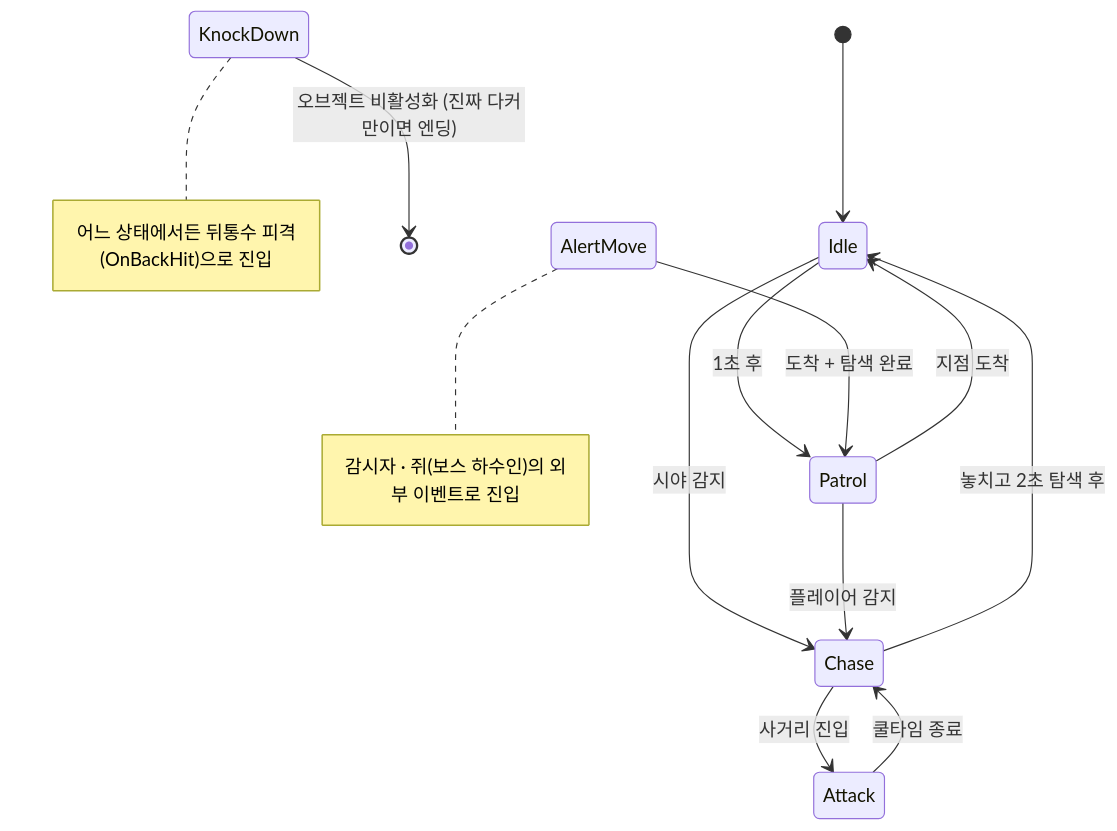
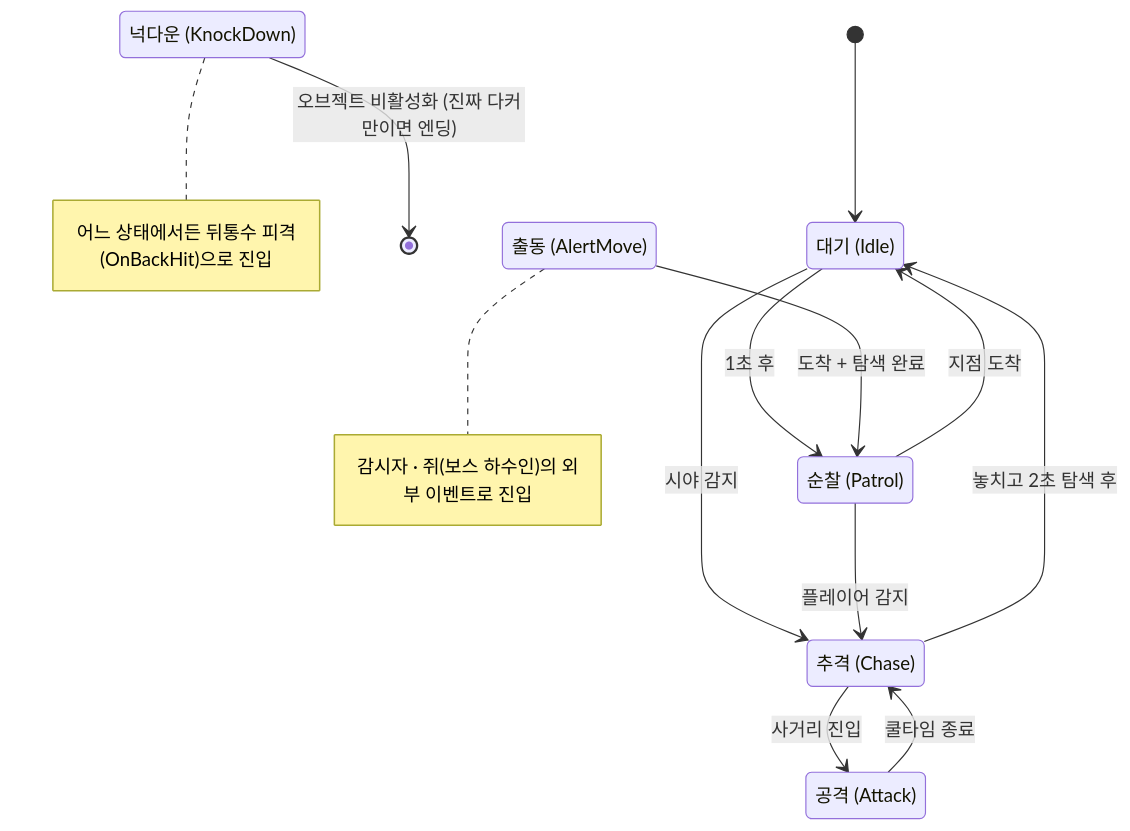
Before and after one commit to pinkshield/portfolio: the second of 3 diagrams in src/1-watch-your-back/기술문서.md, drawn with Mermaid. The commit also changed other lines of this file and 9 other files, not shown here.

````diff
--- a/src/1-watch-your-back/기술문서.md
+++ b/src/1-watch-your-back/기술문서.md
@@ -181,15 +189,21 @@
 ```mermaid
 stateDiagram-v2
+    state "대기 (Idle)" as Idle
+    state "순찰 (Patrol)" as Patrol
+    state "추격 (Chase)" as Chase
+    state "공격 (Attack)" as Attack
+    state "출동 (AlertMove)" as AlertMove
+    state "넉다운 (KnockDown)" as KnockDown
     [*] --> Idle
     Idle --> Patrol : 1초 후
     Idle --> Chase : 시야 감지
     Patrol --> Idle : 지점 도착
     Patrol --> Chase : 플레이어 감지
     Chase --> Attack : 사거리 진입
     Chase --> Idle : 놓치고 2초 탐색 후
     Attack --> Chase : 쿨타임 종료
     AlertMove --> Patrol : 도착 + 탐색 완료
     note right of AlertMove : 감시자 · 쥐(보스 하수인)의 외부 이벤트로 진입
     KnockDown --> [*] : 오브젝트 비활성화 (진짜 다커만이면 엔딩)
     note right of KnockDown : 어느 상태에서든 뒤통수 피격(OnBackHit)으로 진입
 ```
````
